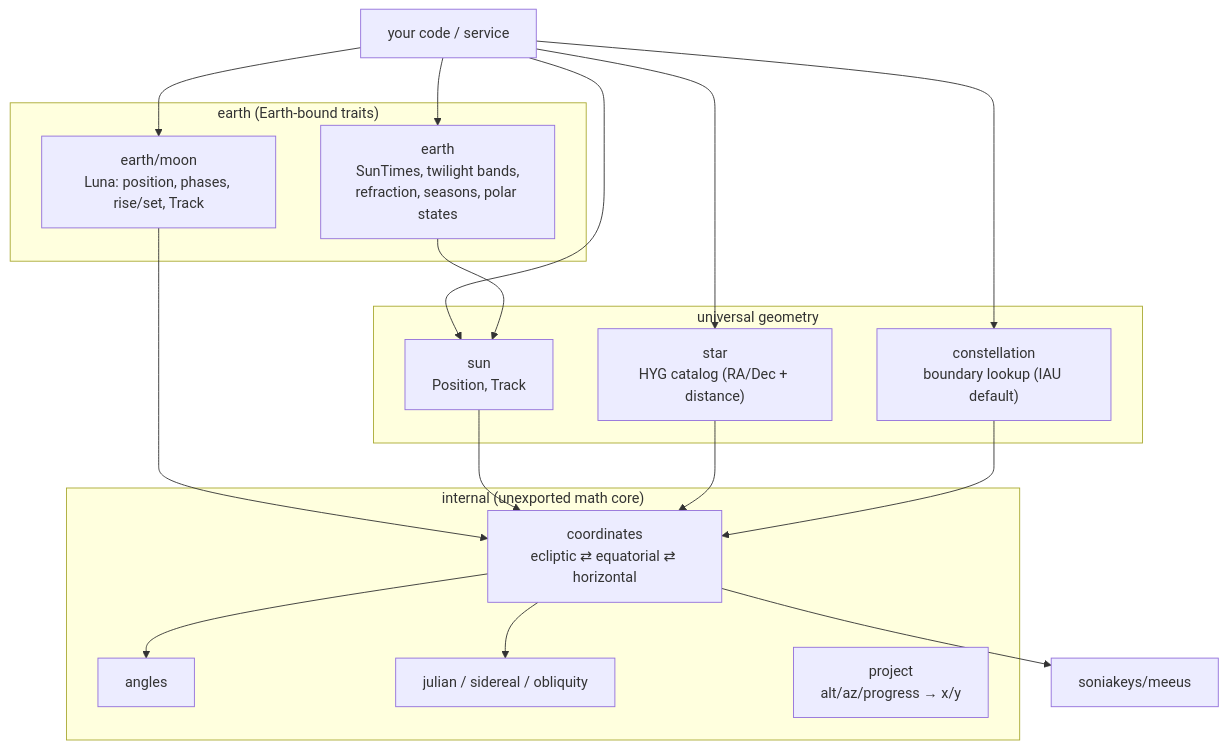
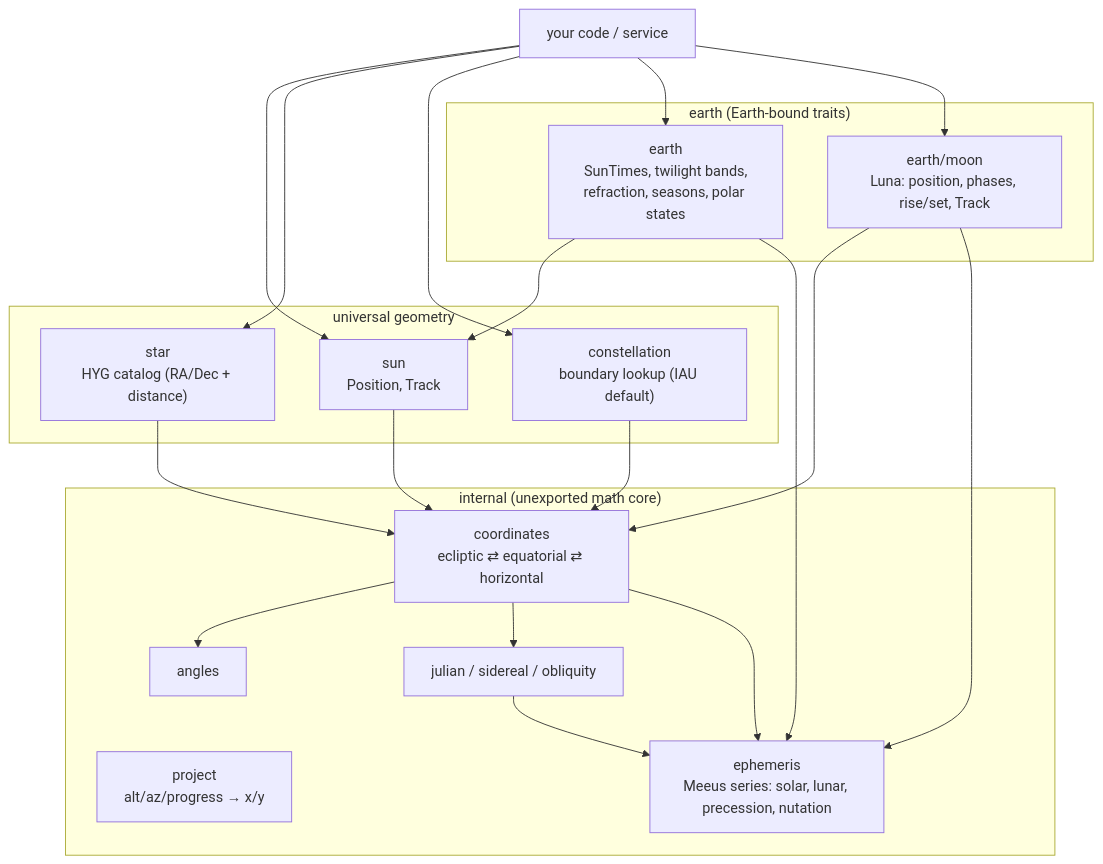
One commit to Bugs5382/go-astronomy changed the diagram in README.md. Above: the diagram before and after it, drawn with Mermaid. The commit also changed other lines of this file and 36 other files, not shown here.

First line of the commit message:
refactor!: port Meeus algorithms in-house and drop the soniakeys dependency (#27)

````diff
--- a/README.md
+++ b/README.md
@@ -83,37 +83,39 @@
 ```mermaid
 flowchart TD
     subgraph universal["universal geometry"]
       SUN["sun<br/>Position, Track"]
       STAR["star<br/>HYG catalog (RA/Dec + distance)"]
       CONST["constellation<br/>boundary lookup (IAU default)"]
     end
 
     subgraph earthPkg["earth (Earth-bound traits)"]
       EARTH["earth<br/>SunTimes, twilight bands,<br/>refraction, seasons, polar states"]
       MOON["earth/moon<br/>Luna: position, phases, rise/set, Track"]
     end
 
     subgraph internalPkg["internal (unexported math core)"]
       ANG["angles"]
       JUL["julian / sidereal / obliquity"]
       COORD["coordinates<br/>ecliptic ⇄ equatorial ⇄ horizontal"]
       PROJ["project<br/>alt/az/progress → x/y"]
+      EPH["ephemeris<br/>Meeus series: solar, lunar, precession, nutation"]
     end
-
-    MEEUS["soniakeys/meeus"]
 
     APP["your code / service"] --> SUN
     APP --> STAR
     APP --> CONST
     APP --> EARTH
     APP --> MOON
 
     EARTH --> SUN
     MOON --> COORD
     SUN --> COORD
     STAR --> COORD
     CONST --> COORD
     COORD --> ANG
     COORD --> JUL
-    COORD --> MEEUS
+    COORD --> EPH
+    JUL --> EPH
+    EARTH --> EPH
+    MOON --> EPH
 ```
````
